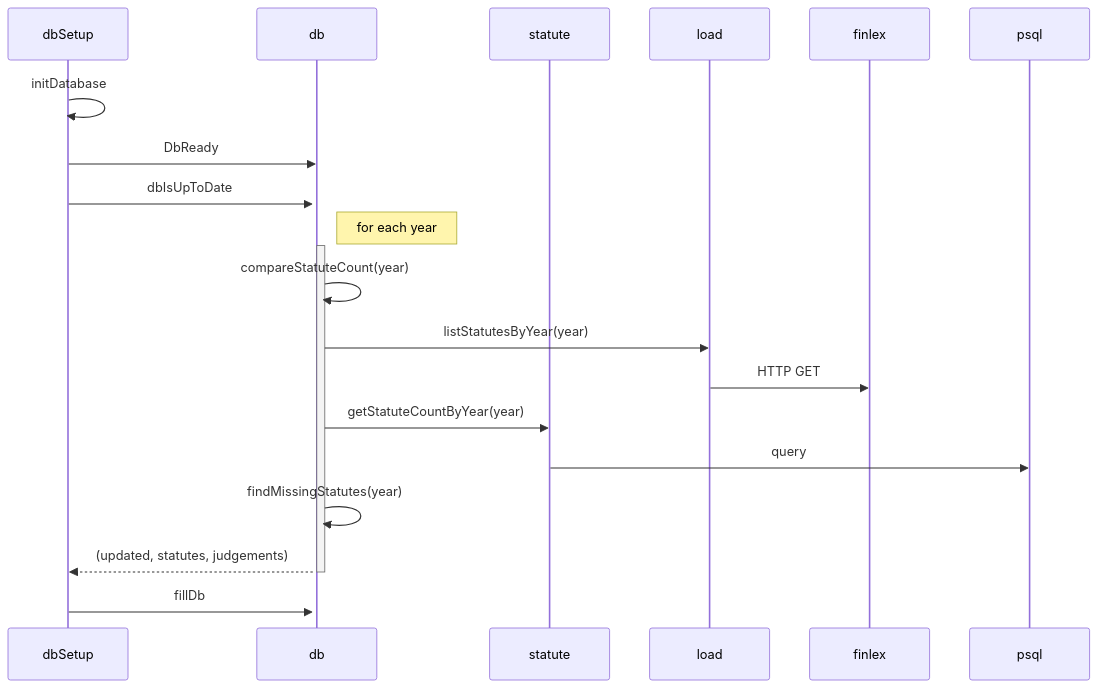
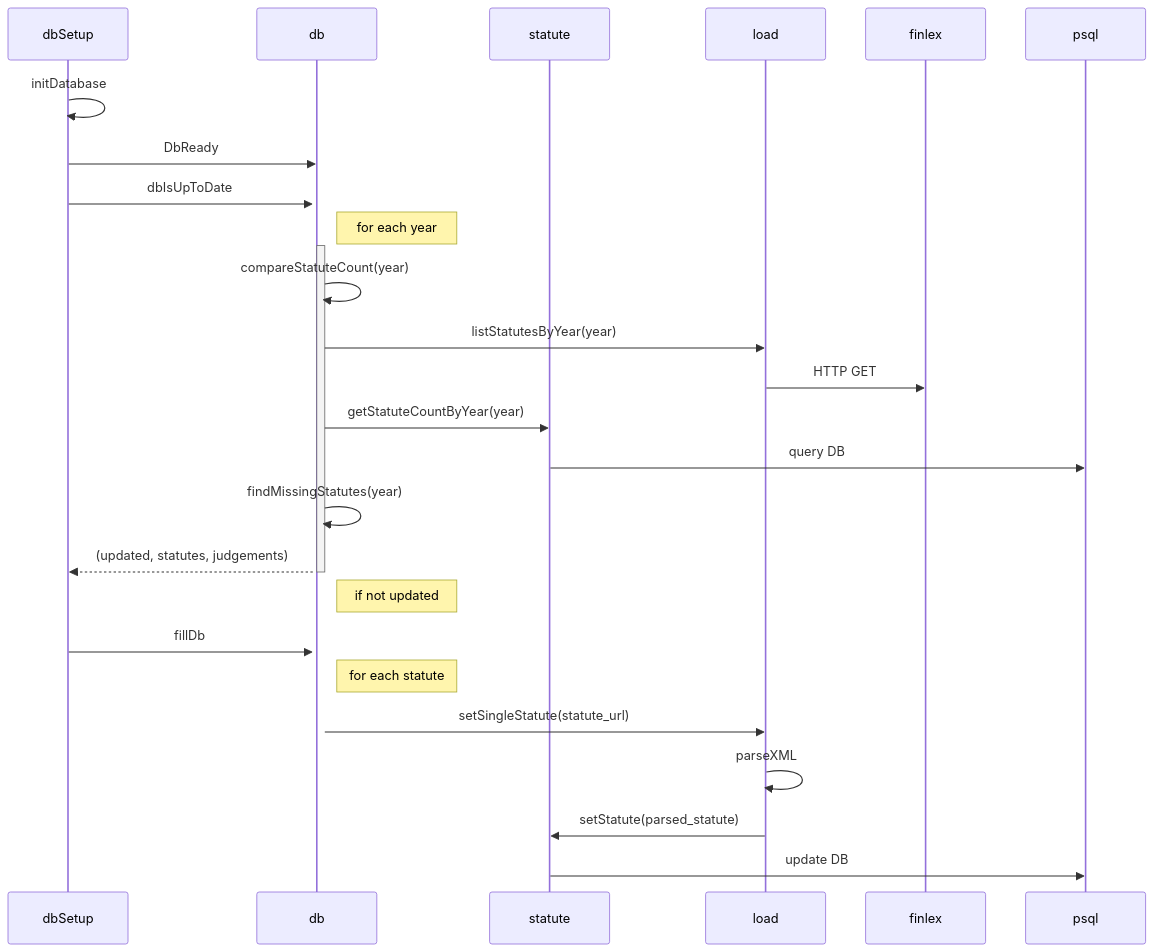
One commit to mluukkai/poc changed the first of 3 diagrams in README.md. Above: the diagram before and after it, drawn with Mermaid.

Commit message:
Update README with clearer DB query descriptions
Clarified database query steps and added notes for better understanding.

````diff
--- a/README.md
+++ b/README.md
@@ -1,24 +1,31 @@
 ```mermaid
 sequenceDiagram
   participant dbSetup
   participant db
   participant statute
   participant load
   participant finlex
   participant psql
 
   dbSetup ->> dbSetup: initDatabase
   dbSetup ->> db: DbReady
   dbSetup ->>+ db: dbIsUpToDate
   Note right of db: for each year
   activate db
   db ->> db: compareStatuteCount(year)
   db ->> load: listStatutesByYear(year)
   load ->> finlex: HTTP GET
   db ->> statute: getStatuteCountByYear(year)
-  statute ->> psql: query
+  statute ->> psql: query DB
   db ->> db: findMissingStatutes(year)
   db -->> dbSetup: (updated, statutes, judgements)
   deactivate db
+  Note right of db: if not updated
   dbSetup ->> db: fillDb
+  activate db
+  Note right of db: for each statute
+  db ->> load: setSingleStatute(statute_url)
+  load ->> load: parseXML
+  load ->> statute: setStatute(parsed_statute)
+  statute ->> psql: update DB
 ```
````
